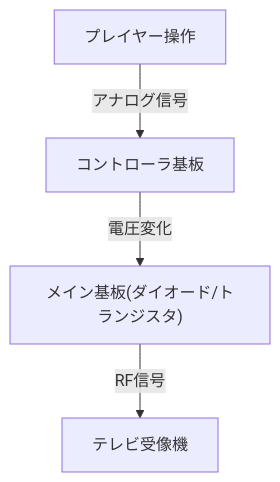
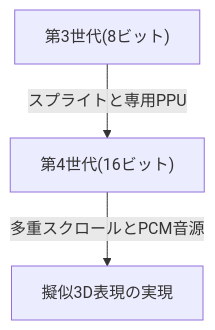
Before and after one commit to kenjinote/blog: the first of 2 diagrams in content/post/history-of-video-game-consoles/index.md, drawn with Mermaid. The commit also changed other lines of this file and 129 other files, not shown here.

````diff
--- a/content/post/history-of-video-game-consoles/index.md
+++ b/content/post/history-of-video-game-consoles/index.md
@@ -22,6 +33,5 @@
 ```mermaid
 graph TD
-    A["プレイヤー操作"] -- "アナログ信号" --> B["コントローラ基板"]
-    B -- "電圧変化" --> C["メイン基板(ダイオード/トランジスタ)"]
-    C -- "RF信号" --> D["テレビ受像機"]
+  A["第3世代(8ビット)"] -- "スプライトと専用PPU" --> B["第4世代(16ビット)"]
+  B["第4世代(16ビット)"] -- "多重スクロールとPCM音源" --> C["擬似3D表現の実現"]
 ```
````
